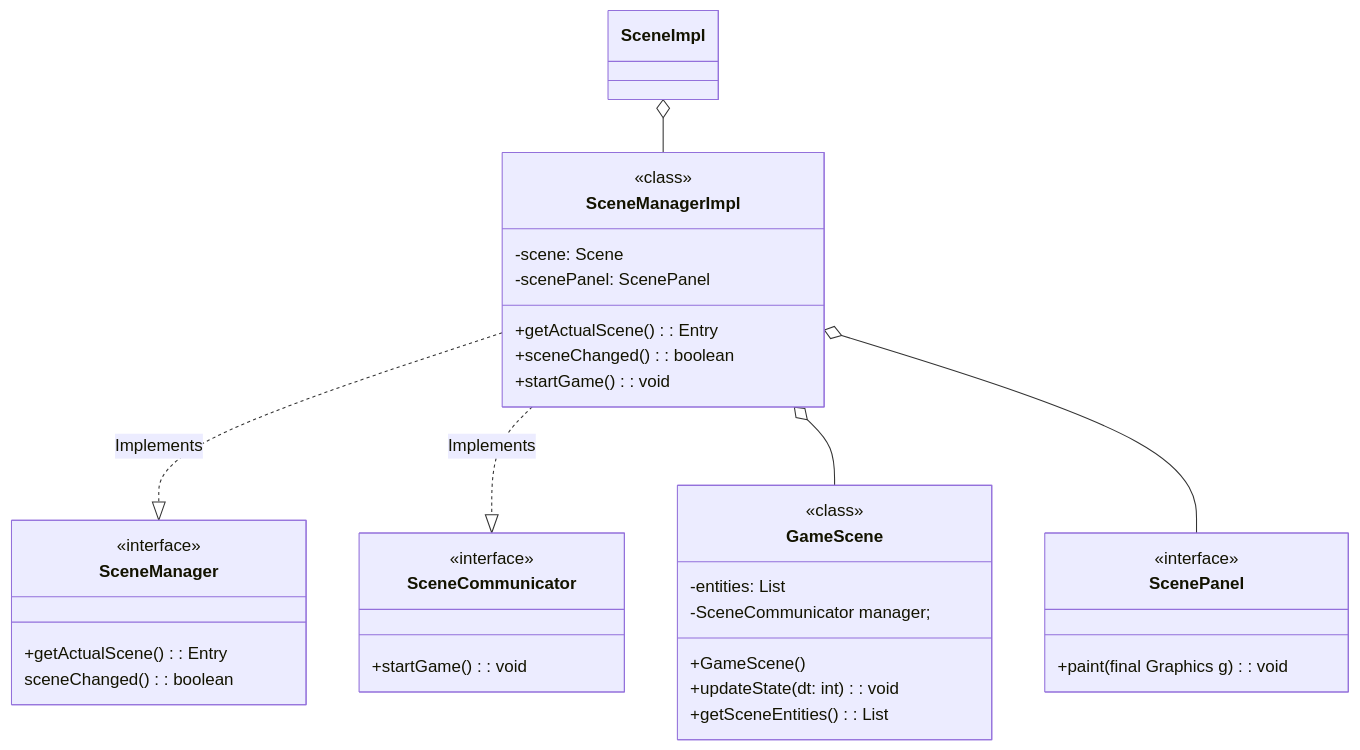
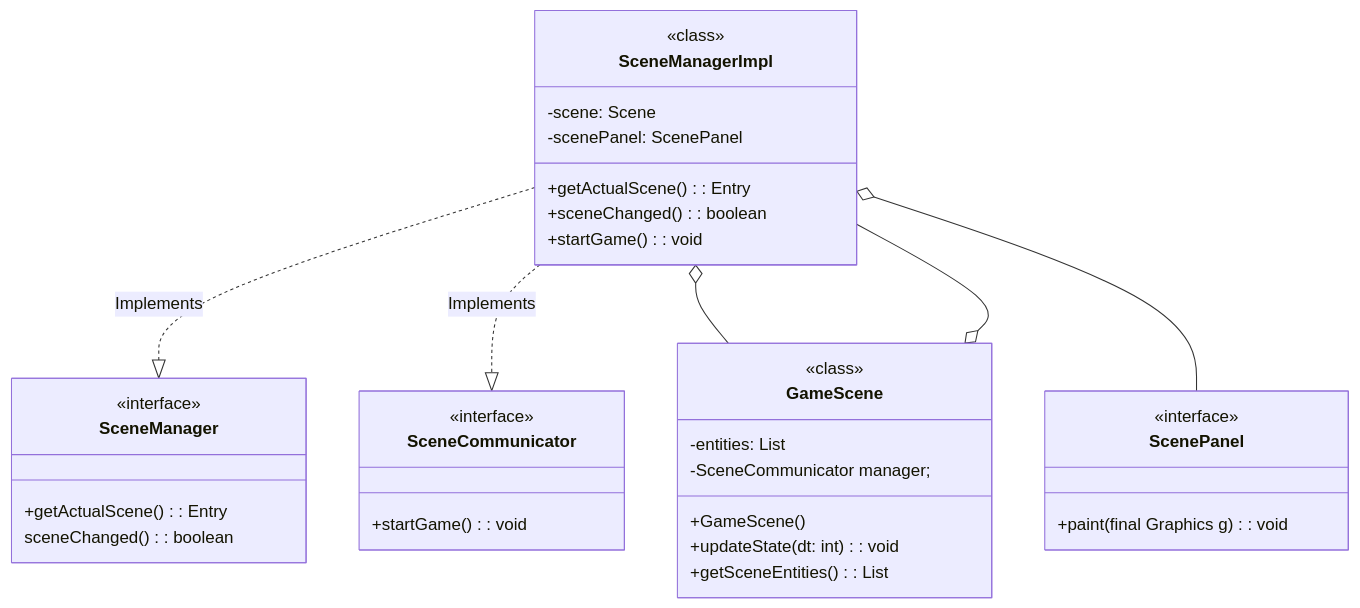
The third of 3 diagrams in README.md (GiuseppeGambacorta/2DGameEngine), drawn with Mermaid before and after one commit.

````diff
--- a/README.md
+++ b/README.md
@@ -156,49 +156,49 @@
 ```mermaid
 classDiagram
 
 class SceneManager {
   <<interface>>
   +getActualScene(): Entry<ScenePanel,Scene>
   sceneChanged(): boolean
 }
 
 
 
 class ScenePanel{
   <<interface>>
   +paint(final Graphics g): void
 }
 
 class SceneManagerImpl {
   <<class>>
   -scene: Scene
   -scenePanel: ScenePanel
   +getActualScene(): Entry<ScenePanel,Scene>
   +sceneChanged(): boolean
   +startGame() : void
 }
 
 
 class GameScene {
   <<class>>
   -entities: List<GameObject>
   -SceneCommunicator manager;
   +GameScene()
   +updateState(dt: int): void
   +getSceneEntities(): List<GameObject>
 }
 
 
 
 class SceneCommunicator {
   <<interface>>
   +startGame() : void
 }
 
 SceneManagerImpl ..|> SceneManager : Implements
 SceneManagerImpl ..|> SceneCommunicator : Implements
 SceneManagerImpl o-- GameScene
 SceneManagerImpl o-- ScenePanel
 
-SceneImpl o-- SceneManagerImpl
+GameScene o-- SceneManagerImpl
 ```
````
